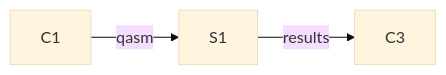
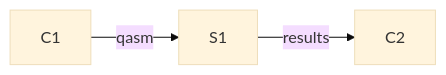
The diagram in README.md (iccmr-quantum/OSC-Qasm), drawn with Mermaid (base theme) before and after one commit.

Commit message:
fix typo `C3` > `C2`

````diff
--- a/README.md
+++ b/README.md
@@ -102,4 +102,4 @@
 ```mermaid
 flowchart LR
-C1 -- qasm --> S1 -- results --> C3
+C1 -- qasm --> S1 -- results --> C2
 ```
````
